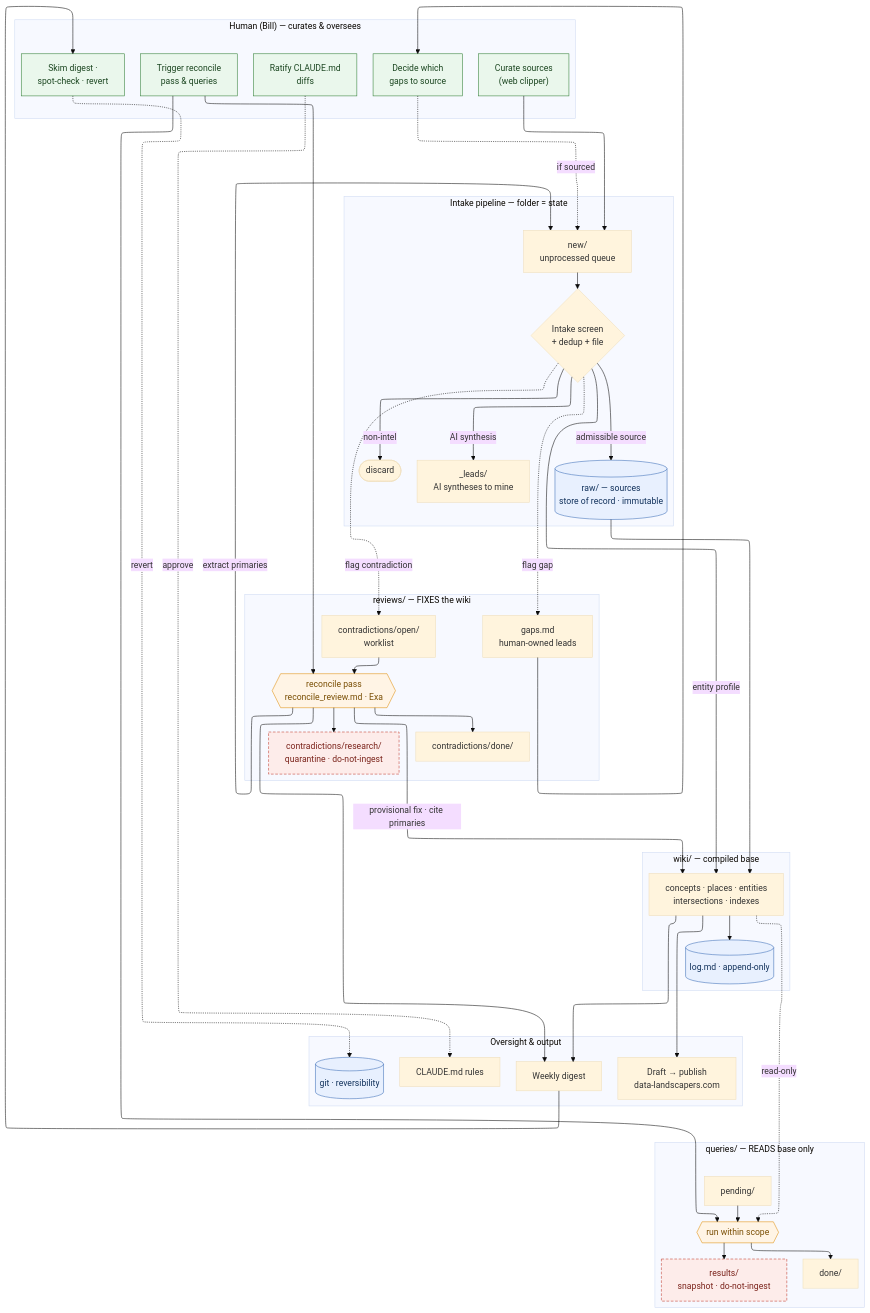
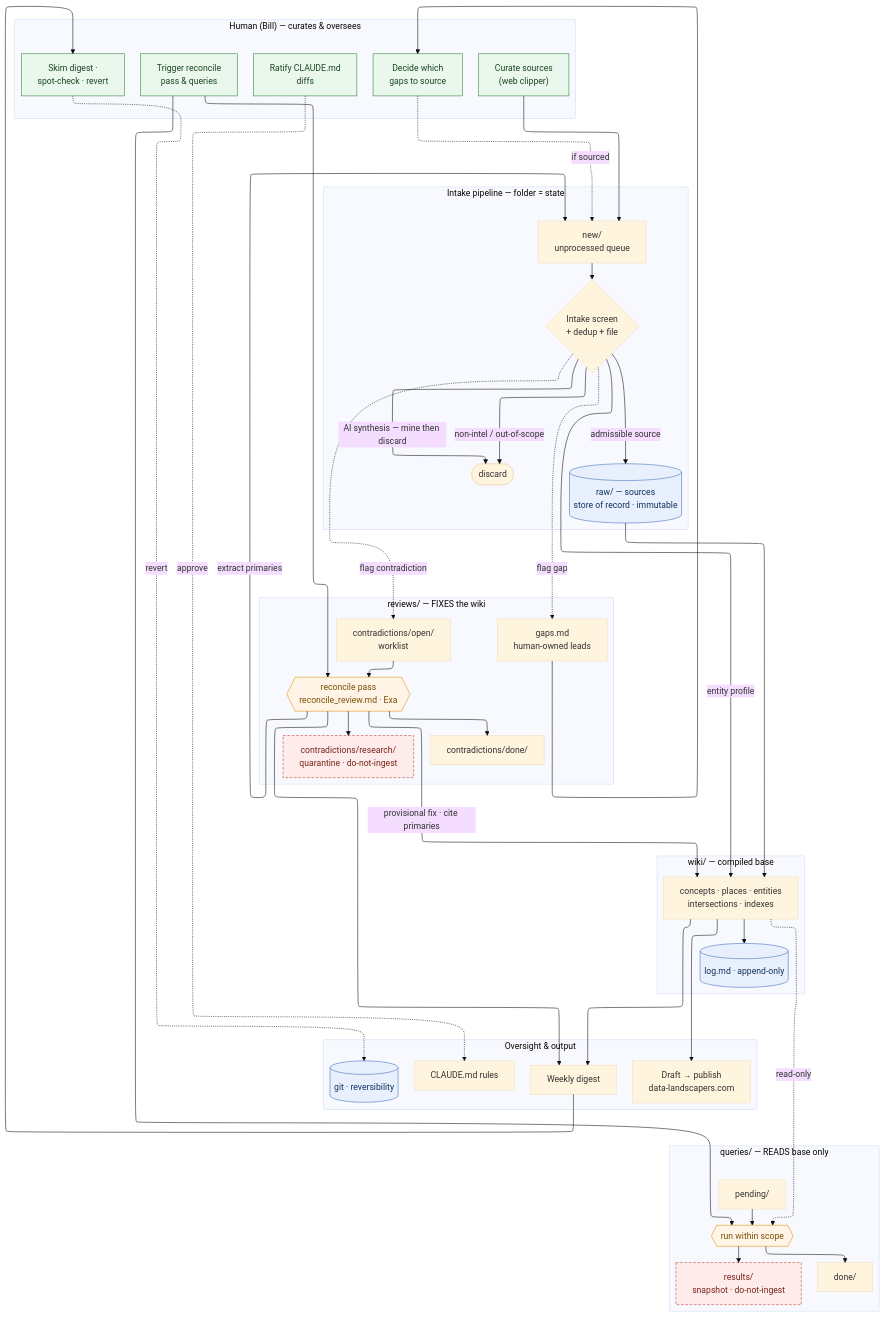
Before and after one commit to bill-anderson/OSINT: the diagram in documentation/wiki-workflow.md, drawn with Mermaid. The commit also changed 84 other files, not shown here.

```diff
--- a/documentation/wiki-workflow.md
+++ b/documentation/wiki-workflow.md
@@ -36,7 +36,6 @@
     NEW["new/<br/>unprocessed queue"]
     SCREEN{"Intake screen<br/>+ dedup + file"}
     RAW[("raw/ — sources<br/>store of record · immutable")]
-    LEADS["_leads/<br/>AI syntheses to mine"]
     DISC(["discard"])
   end
 
@@ -71,8 +70,8 @@
   H_clip --> NEW --> SCREEN
   SCREEN -->|"admissible source"| RAW
   SCREEN -->|"entity profile"| PAGES
-  SCREEN -->|"AI synthesis"| LEADS
-  SCREEN -->|"non-intel"| DISC
+  SCREEN -->|"AI synthesis — mine then discard"| DISC
+  SCREEN -->|"non-intel / out-of-scope"| DISC
   RAW --> PAGES
   SCREEN -. "flag contradiction" .-> COPEN
   SCREEN -. "flag gap" .-> GAPS
```
